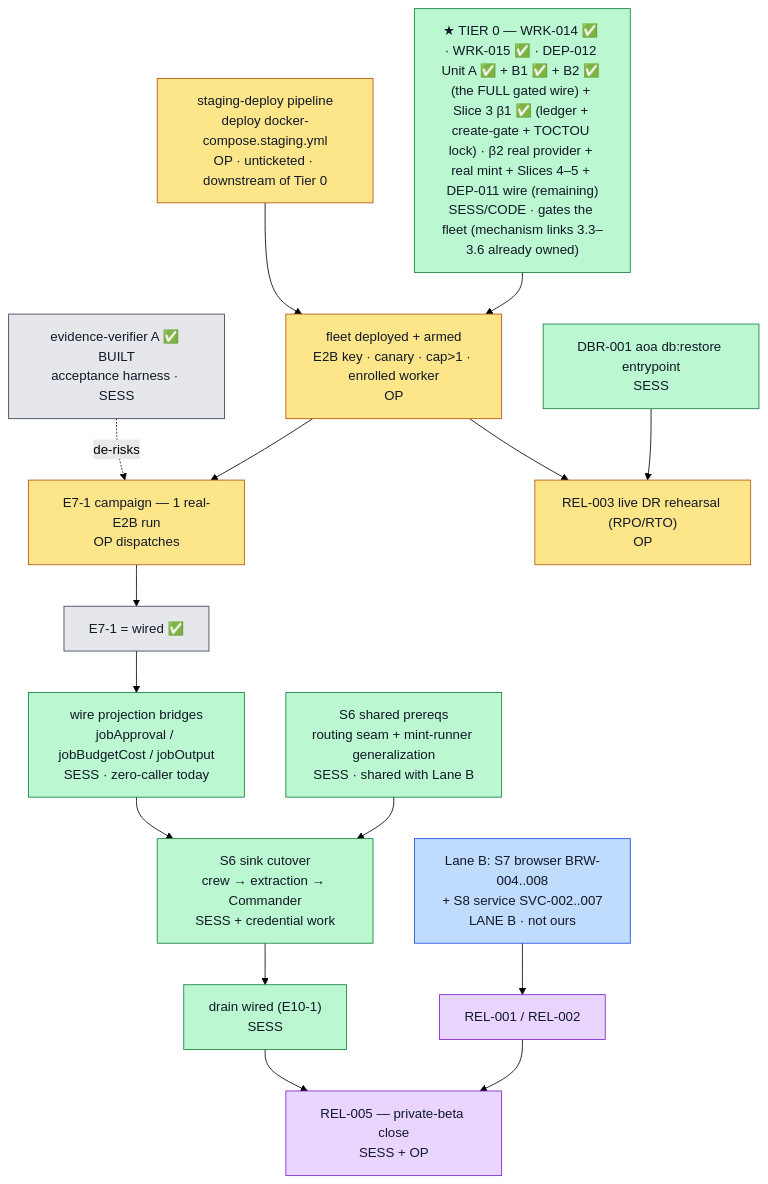
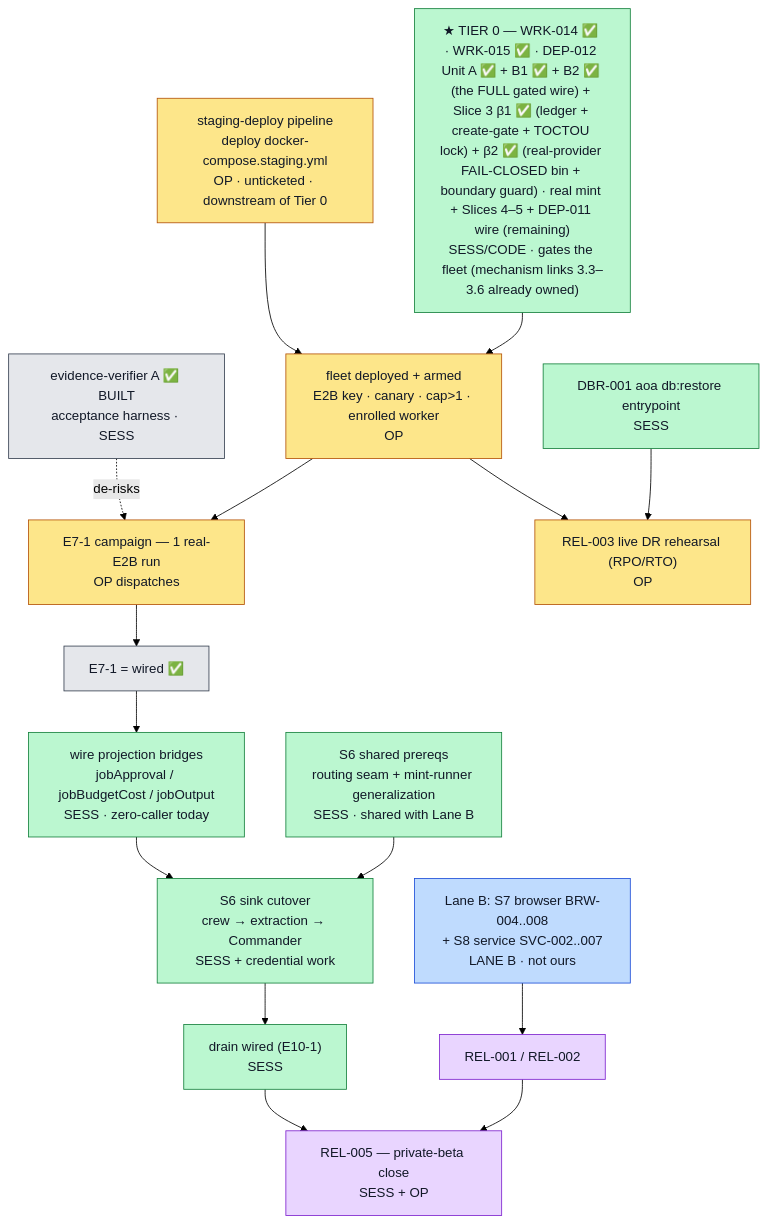
One commit to MeteoriteLabs/AoA changed the diagram in docs/replatform/GO-BOOK.md. Above: the diagram before and after it, drawn with Mermaid (forest theme). The commit also changed other lines of this file and 1 other file, not shown here.

First line of the commit message:
docs(DEP-012): Wave β2 verified CI-green — go-book truth pass + result doc

````diff
--- a/docs/replatform/GO-BOOK.md
+++ b/docs/replatform/GO-BOOK.md
@@ -216,34 +228,34 @@
 ```mermaid
 flowchart TD
   V["evidence-verifier A ✅ BUILT<br/>acceptance harness · SESS"]:::done
   C0["staging-deploy pipeline<br/>deploy docker-compose.staging.yml<br/>OP · unticketed · downstream of Tier 0"]:::op
-  D11["★ TIER 0 — WRK-014 ✅ · WRK-015 ✅ · DEP-012 Unit A ✅ + B1 ✅ + B2 ✅ (the FULL gated wire) + Slice 3 β1 ✅ (ledger + create-gate + TOCTOU lock) · β2 real provider + real mint + Slices 4–5 + DEP-011 wire (remaining)<br/>SESS/CODE · gates the fleet (mechanism links 3.3–3.6 already owned)"]:::sess
+  D11["★ TIER 0 — WRK-014 ✅ · WRK-015 ✅ · DEP-012 Unit A ✅ + B1 ✅ + B2 ✅ (the FULL gated wire) + Slice 3 β1 ✅ (ledger + create-gate + TOCTOU lock) + β2 ✅ (real-provider FAIL-CLOSED bin + boundary guard) · real mint + Slices 4–5 + DEP-011 wire (remaining)<br/>SESS/CODE · gates the fleet (mechanism links 3.3–3.6 already owned)"]:::sess
   C2["fleet deployed + armed<br/>E2B key · canary · cap&gt;1 · enrolled worker<br/>OP"]:::op
   C3["E7-1 campaign — 1 real-E2B run<br/>OP dispatches"]:::op
   CW["E7-1 = wired ✅"]:::done
   BR["wire projection bridges<br/>jobApproval / jobBudgetCost / jobOutput<br/>SESS · zero-caller today"]:::sess
   RT["S6 shared prereqs<br/>routing seam + mint-runner generalization<br/>SESS · shared with Lane B"]:::sess
   SK["S6 sink cutover<br/>crew → extraction → Commander<br/>SESS + credential work"]:::sess
   DR["drain wired (E10-1)<br/>SESS"]:::sess
   R5["REL-005 — private-beta close<br/>SESS + OP"]:::mix
   LB["Lane B: S7 browser BRW-004..008<br/>+ S8 service SVC-002..007<br/>LANE B · not ours"]:::laneb
   R1["REL-001 / REL-002"]:::mix
   DBR["DBR-001 aoa db:restore entrypoint<br/>SESS"]:::sess
   R3["REL-003 live DR rehearsal (RPO/RTO)<br/>OP"]:::op
 
   V -.->|de-risks| C3
   C0 --> C2
   D11 --> C2
   C2 --> C3 --> CW --> BR --> SK
   RT --> SK
   SK --> DR --> R5
   LB --> R1 --> R5
   DBR --> R3
   C2 --> R3
 
   classDef op fill:#fde68a,stroke:#b45309,color:#111827;
   classDef sess fill:#bbf7d0,stroke:#15803d,color:#111827;
   classDef laneb fill:#bfdbfe,stroke:#1d4ed8,color:#111827;
   classDef done fill:#e5e7eb,stroke:#374151,color:#111827;
   classDef mix fill:#e9d5ff,stroke:#7e22ce,color:#111827;
 ```
````
